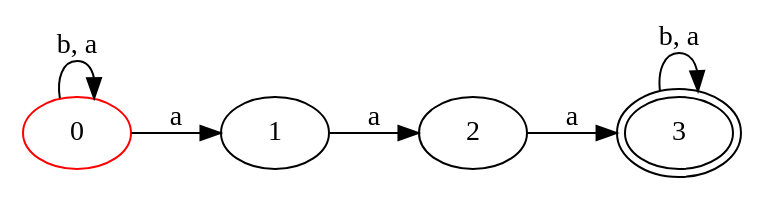
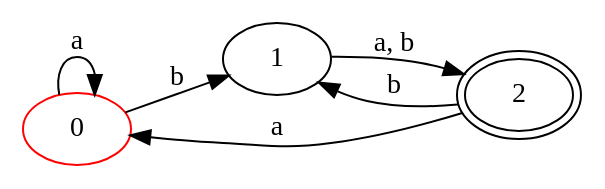
One commit to userdigitaldevil/automata changed the diagram in affichage.dot. Above: the diagram before and after it, drawn with Graphviz. The commit also changed 1 other file, not shown here.

```diff
--- a/affichage.dot
+++ b/affichage.dot
@@ -1,12 +1,11 @@
 digraph a {
  rankdir=LR
 0[ label ="0", color=red ];
-0 -> 0 [ label = "b, a" ];
-0 -> 1 [ label = "a" ];
+0 -> 1 [ label = "b" ];
+0 -> 0 [ label = "a" ];
 1[ label ="1",];
-1 -> 2 [ label = "a" ];
-2[ label ="2",];
-2 -> 3 [ label = "a" ];
-3[ label ="3",peripheries=2 ];
-3 -> 3 [ label = "b, a" ];
+1 -> 2 [ label = "a, b" ];
+2[ label ="2",peripheries=2 ];
+2 -> 0 [ label = "a" ];
+2 -> 1 [ label = "b" ];
 }
```
